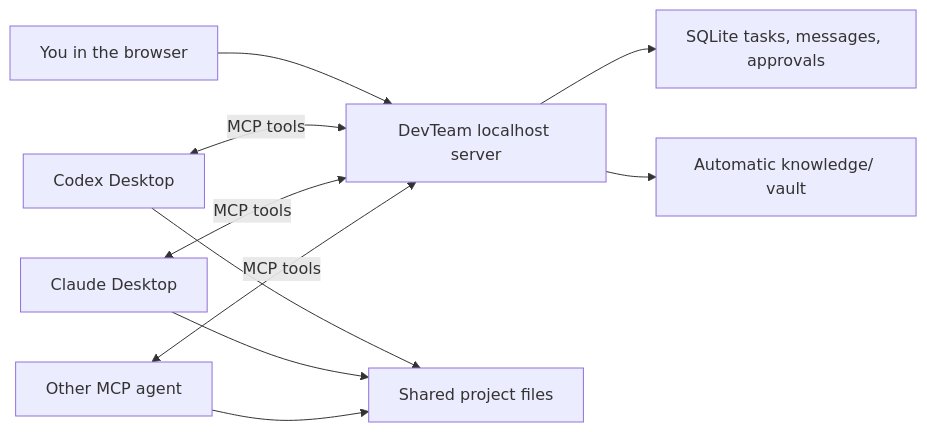
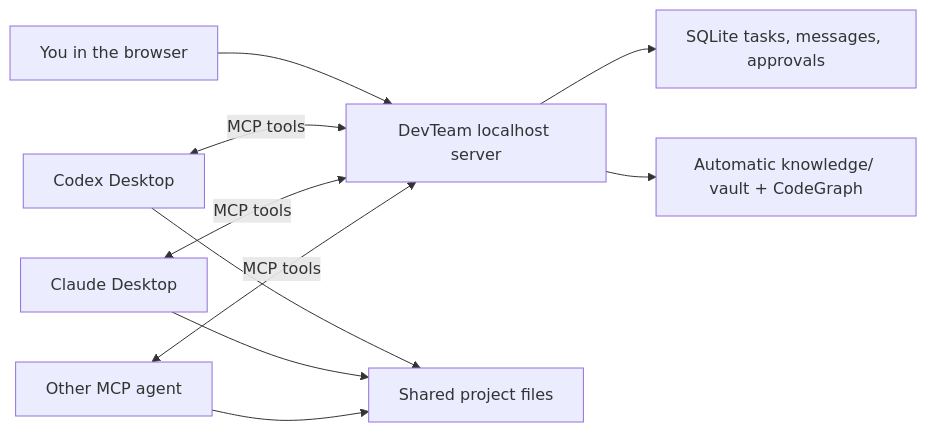
One commit to AlokaWarnakula/DevTeam changed the diagram in README.md. Above: the diagram before and after it, drawn with Mermaid. The commit also changed other lines of this file and 13 other files, not shown here.

````diff
--- a/README.md
+++ b/README.md
@@ -23,12 +23,12 @@
 ```mermaid
 flowchart LR
     U["You in the browser"] --> D["DevTeam localhost server"]
     C["Codex Desktop"] <-->|"MCP tools"| D
     A["Claude Desktop"] <-->|"MCP tools"| D
     O["Other MCP agent"] <-->|"MCP tools"| D
     D --> Q["SQLite tasks, messages, approvals"]
-    D --> K["Automatic knowledge/ vault"]
+    D --> K["Automatic knowledge/ vault + CodeGraph"]
     C --> W["Shared project files"]
     A --> W
     O --> W
 ```
````
